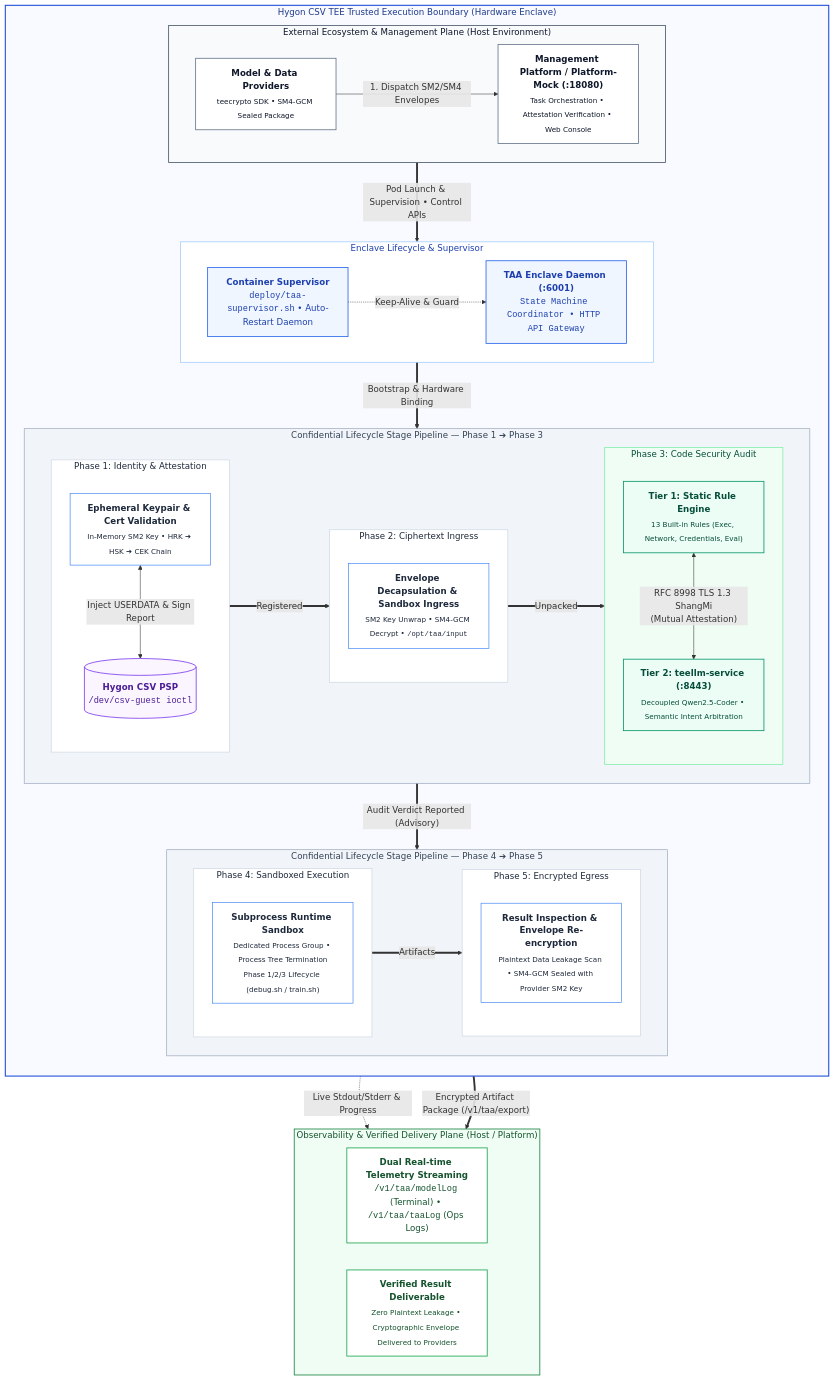
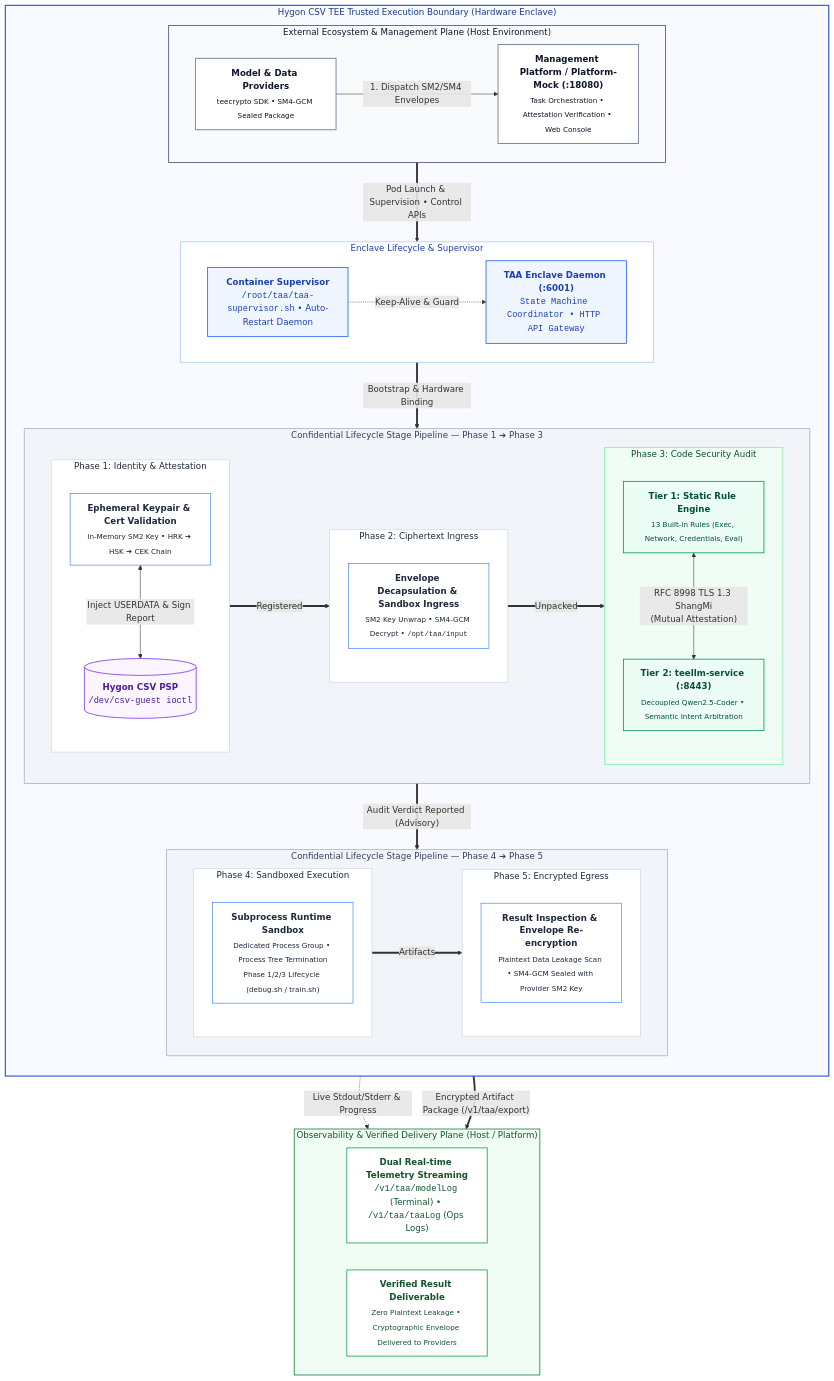
Before and after one commit to CipherSlinger/taa: the diagram in README.md, drawn with Mermaid. The commit also changed other lines of this file and 14 other files, not shown here.

First line of the commit message:
refactor(deploy): unify every role's entrypoint as taa-supervisor.sh

```diff
--- a/README.md
+++ b/README.md
@@ -39,7 +39,7 @@
 
         subgraph EnclaveMgmt["Enclave Lifecycle & Supervisor"]
             direction LR
-            Supervisor["<b>Container Supervisor</b><br/><code>deploy/taa-supervisor.sh</code> • Auto-Restart Daemon"]
+            Supervisor["<b>Container Supervisor</b><br/><code>/root/taa/taa-supervisor.sh</code> • Auto-Restart Daemon"]
             TAA["<b>TAA Enclave Daemon (:6001)</b><br/><code>State Machine Coordinator • HTTP API Gateway</code>"]
             Supervisor -.->|"Keep-Alive & Guard"| TAA
         end
```
